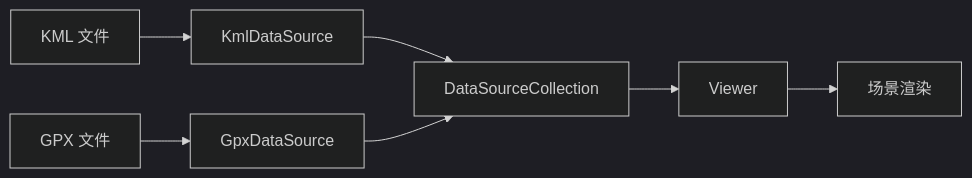
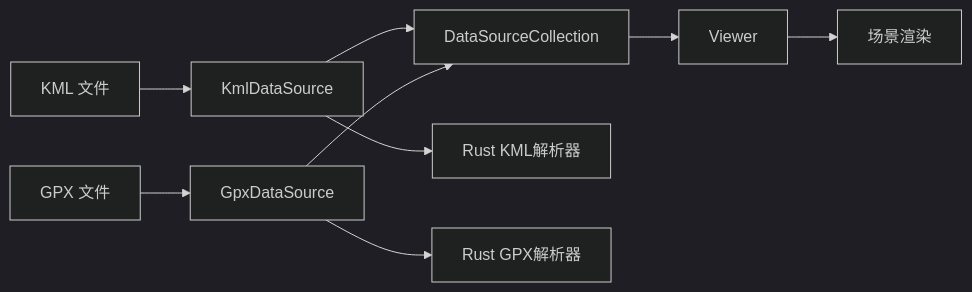
The eighth of 8 diagrams in .qoder/repowiki/zh/content/示例教程/数据加载示例/KML和GPX数据加载.md (rzhangjing/cesium), drawn with Mermaid (dark theme) before and after one commit. The commit also changed other lines of this file and 74 other files, not shown here.

````diff
--- a/.qoder/repowiki/zh/content/示例教程/数据加载示例/KML和GPX数据加载.md
+++ b/.qoder/repowiki/zh/content/示例教程/数据加载示例/KML和GPX数据加载.md
@@ -280,9 +354,11 @@
 ```mermaid
 graph LR
 KMLFile["KML 文件"] --> KMLDS["KmlDataSource"]
 GPXFile["GPX 文件"] --> GPXDS["GpxDataSource"]
 KMLDS --> DSC["DataSourceCollection"]
 GPXDS --> DSC
+KMLDS --> RustKML["Rust KML解析器"]
+GPXDS --> RustGPX["Rust GPX解析器"]
 DSC --> Viewer["Viewer"]
 Viewer --> Scene["场景渲染"]
 ```
````
